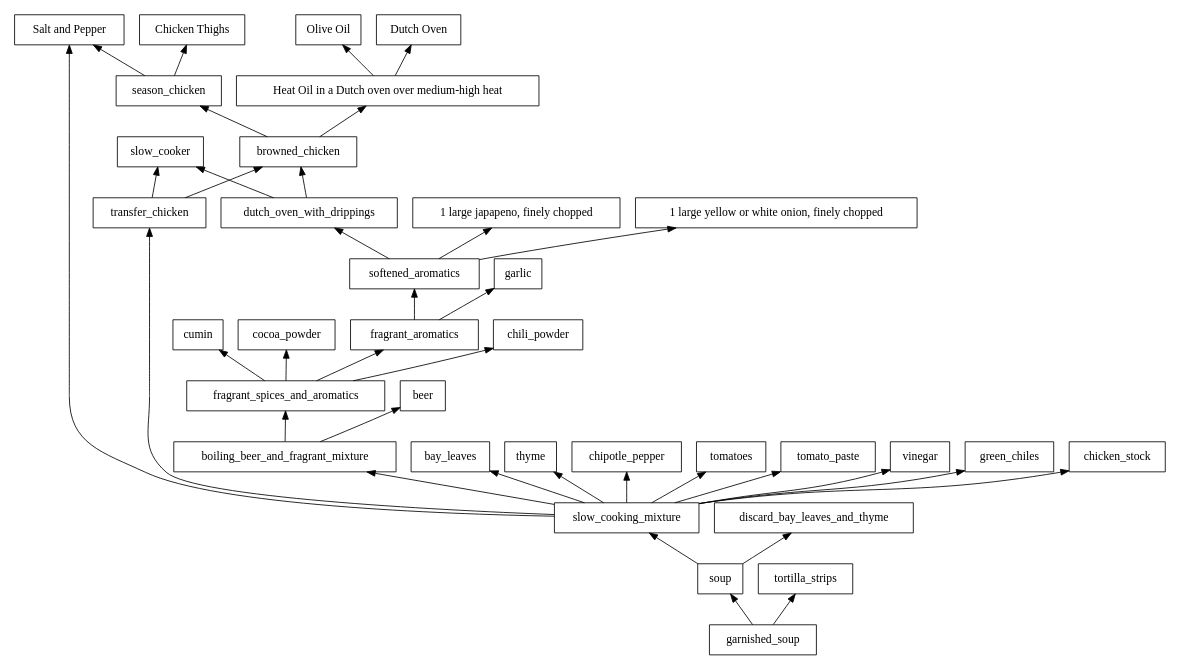
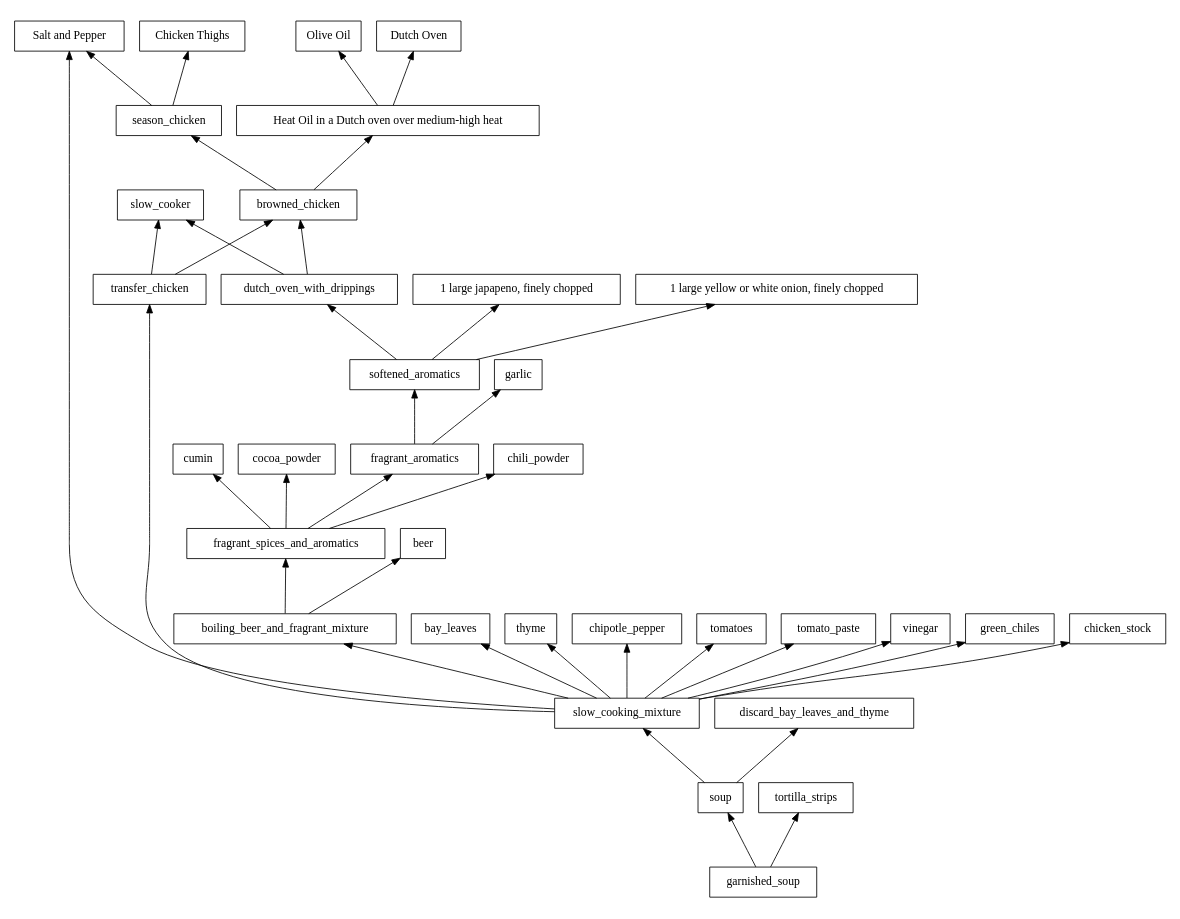
Before and after one commit to isaacsanders/recipes-as-dependency-graphs: the diagram in serious-eats/slow-cooker-chicken-tortilla-soup/recipe.dot, drawn with Graphviz.

```diff
--- a/serious-eats/slow-cooker-chicken-tortilla-soup/recipe.dot
+++ b/serious-eats/slow-cooker-chicken-tortilla-soup/recipe.dot
@@ -1,23 +1,24 @@
 digraph recipe {
   rankdir=BT;
   node [shape=record];
   size="11,8.5!";
+  ratio="fill";
   olive_oil [label="Olive Oil"];
   dutch_oven [label="Dutch Oven"];
   heat_oil [label="Heat Oil in a Dutch oven over medium-high heat"];
   heat_oil -> olive_oil, dutch_oven;
   salt_and_pepper [label="Salt and Pepper"];
   chicken_thighs [label="Chicken Thighs"];
   season_chicken -> salt_and_pepper, chicken_thighs;
   browned_chicken -> season_chicken, heat_oil;
   dutch_oven_with_drippings, transfer_chicken -> slow_cooker, browned_chicken;
   chopped_onion [label="1 large yellow or white onion, finely chopped"];
   jalapeno [label="1 large japapeno, finely chopped"];
   softened_aromatics -> chopped_onion, jalapeno, dutch_oven_with_drippings;
   fragrant_aromatics -> softened_aromatics, garlic;
   fragrant_spices_and_aromatics -> fragrant_aromatics, chili_powder, cumin, cocoa_powder;
   boiling_beer_and_fragrant_mixture -> fragrant_spices_and_aromatics, beer;
   slow_cooking_mixture -> transfer_chicken, boiling_beer_and_fragrant_mixture, bay_leaves, thyme, chipotle_pepper, tomatoes, tomato_paste, vinegar, green_chiles, chicken_stock, salt_and_pepper;
   soup -> discard_bay_leaves_and_thyme, slow_cooking_mixture;
   garnished_soup -> soup, tortilla_strips;
 }
```
